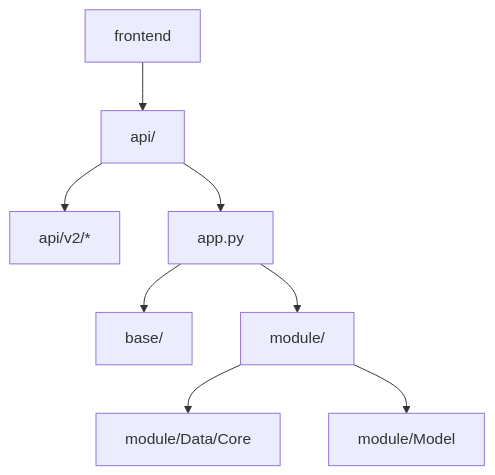
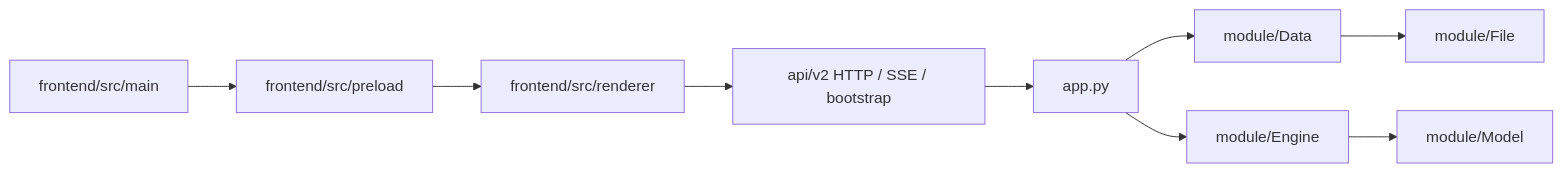
The first of 3 diagrams in docs/ARCHITECTURE.md (neavo/LinguaGacha), drawn with Mermaid before and after one commit. The commit also changed other lines of this file and 7 other files, not shown here.

````diff
--- a/docs/ARCHITECTURE.md
+++ b/docs/ARCHITECTURE.md
@@ -7,10 +7,11 @@
 ```mermaid
-flowchart TD
-    A["frontend"] --> B["api/"]
-    B --> C["api/v2/*"]
-    B --> D["app.py"]
-    D --> E["base/"]
-    D --> F["module/"]
-    F --> G["module/Data/Core"]
-    F --> H["module/Model"]
+flowchart LR
+    A["frontend/src/main"] --> B["frontend/src/preload"]
+    B --> C["frontend/src/renderer"]
+    C --> D["api/v2 HTTP / SSE / bootstrap"]
+    D --> E["app.py"]
+    E --> F["module/Data"]
+    E --> G["module/Engine"]
+    F --> H["module/File"]
+    G --> I["module/Model"]
 ```
````
